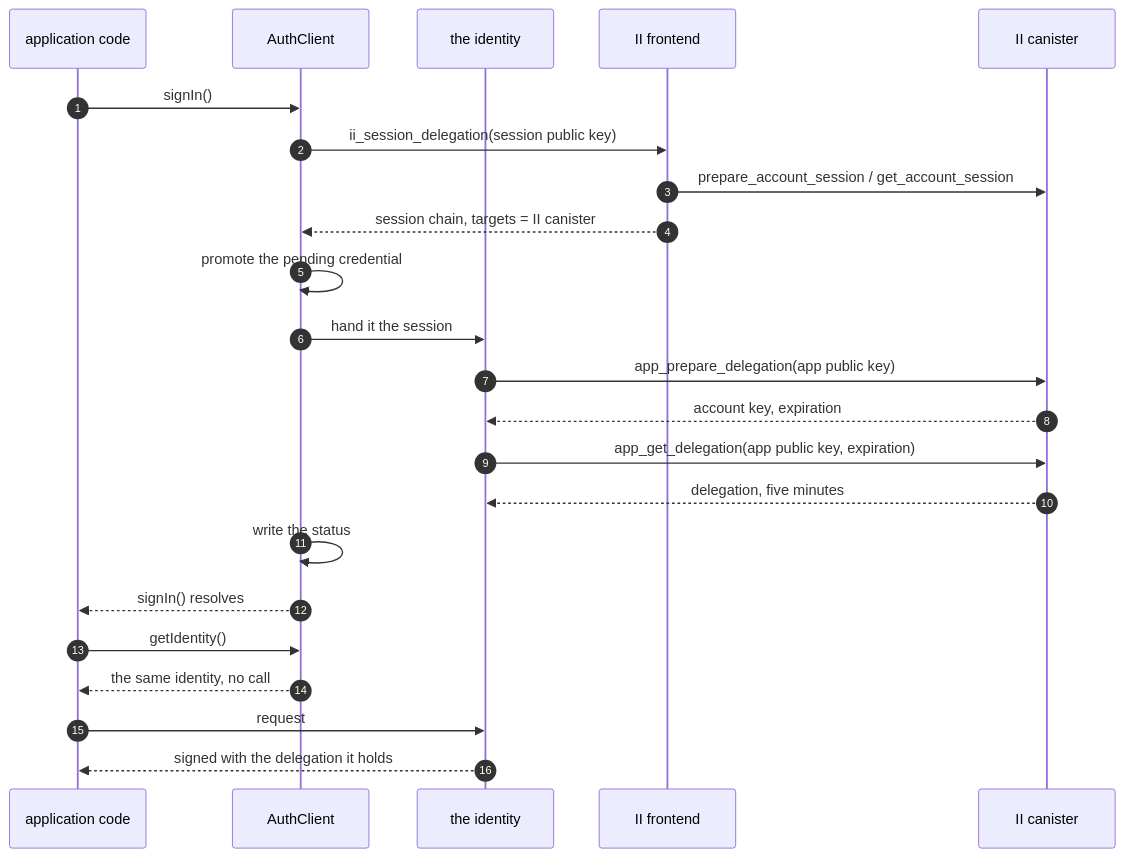
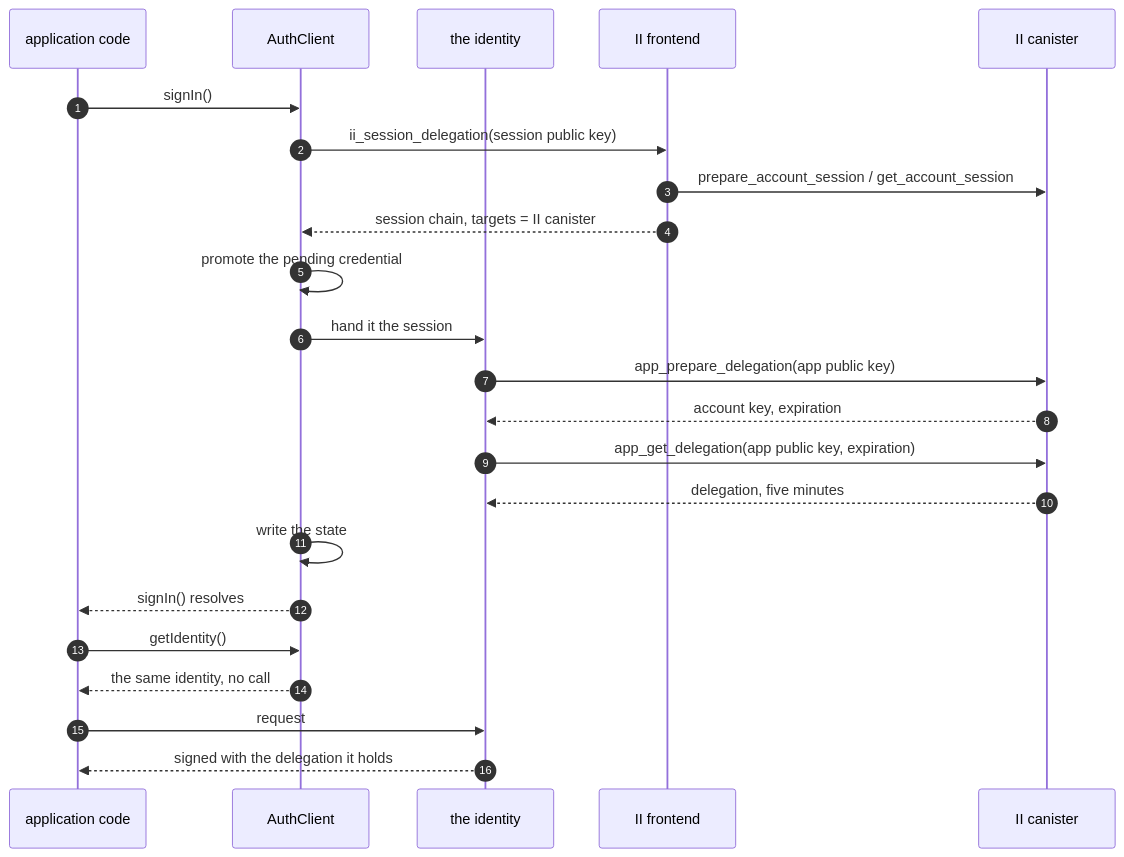
The first of 3 diagrams in docs/ongoing/client-app-sessions-spec.md (dfinity/internet-identity), drawn with Mermaid before and after one commit. The commit also changed other lines of this file and 1 other file, not shown here.

Commit message:
docs: name the record what it is — the state, not a status

````diff
--- a/docs/ongoing/client-app-sessions-spec.md
+++ b/docs/ongoing/client-app-sessions-spec.md
@@ -32,27 +32,27 @@
 ```mermaid
 sequenceDiagram
     autonumber
     participant App as application code
     participant AC as AuthClient
     participant Id as the identity
     participant IIF as II frontend
     participant IIC as II canister
 
     App->>AC: signIn()
     AC->>IIF: ii_session_delegation(session public key)
     IIF->>IIC: prepare_account_session / get_account_session
     IIF-->>AC: session chain, targets = II canister
     AC->>AC: promote the pending credential
     AC->>Id: hand it the session
     Id->>IIC: app_prepare_delegation(app public key)
     IIC-->>Id: account key, expiration
     Id->>IIC: app_get_delegation(app public key, expiration)
     IIC-->>Id: delegation, five minutes
-    AC->>AC: write the status
+    AC->>AC: write the state
     AC-->>App: signIn() resolves
 
     App->>AC: getIdentity()
     AC-->>App: the same identity, no call
     App->>Id: request
     Id-->>App: signed with the delegation it holds
 ```
````
